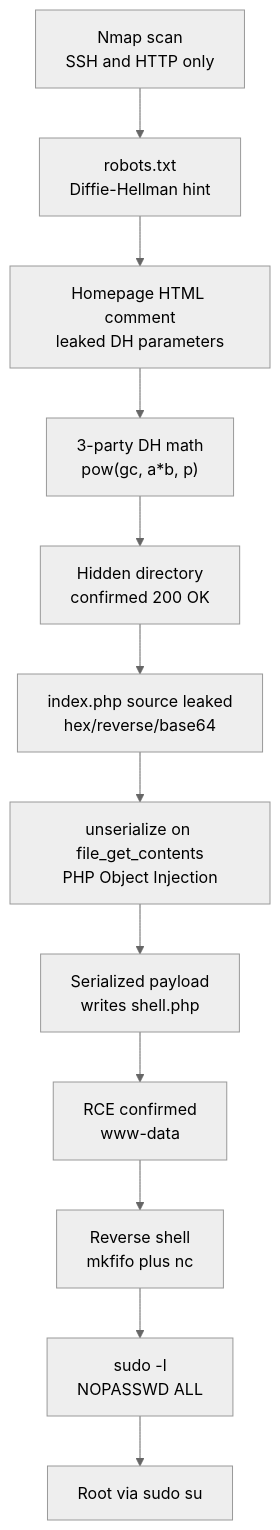
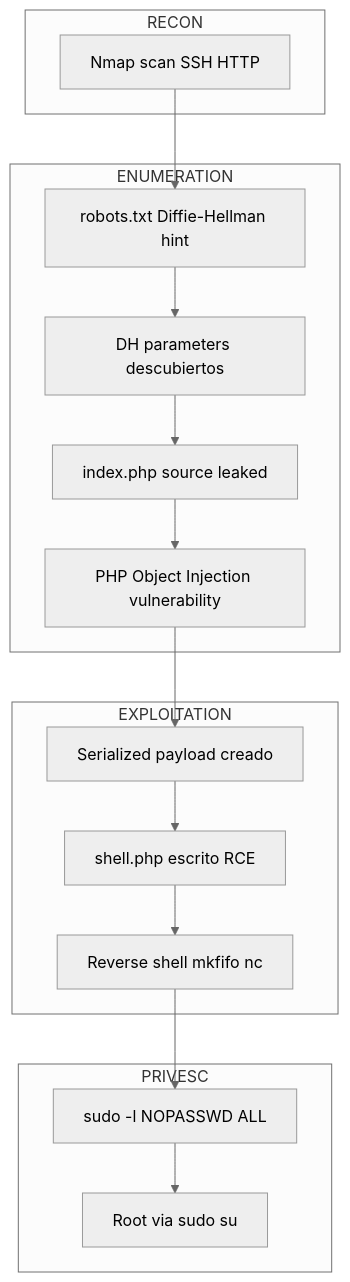
Before and after one commit to renekerr/renekerr.github.io: the diagram in _posts/2026-07-06-stuxctf.md, drawn with Mermaid (neutral theme). The commit also changed other lines of this file and 8 other files, not shown here.

Commit message:
Improve Attack Flow diagrams: convert to subgraph format grouped by phase (RECON-ENUMERATION-EXPLOITATION-PRIVESC-POST-EXPLOITATION) for all CTF writeups

```diff
--- a/_posts/2026-07-06-stuxctf.md
+++ b/_posts/2026-07-06-stuxctf.md
@@ -245,14 +245,25 @@
 <div class="mermaid">
 graph TD
-    A["Nmap scan<br/>SSH and HTTP only"] --> B["robots.txt<br/>Diffie-Hellman hint"]
-    B --> C["Homepage HTML comment<br/>leaked DH parameters"]
-    C --> D["3-party DH math<br/>pow(gc, a*b, p)"]
-    D --> E["Hidden directory<br/>confirmed 200 OK"]
-    E --> F["index.php source leaked<br/>hex/reverse/base64"]
-    F --> G["unserialize on file_get_contents<br/>PHP Object Injection"]
-    G --> H["Serialized payload<br/>writes shell.php"]
-    H --> I["RCE confirmed<br/>www-data"]
-    I --> J["Reverse shell<br/>mkfifo plus nc"]
-    J --> K["sudo -l<br/>NOPASSWD ALL"]
-    K --> L["Root via sudo su"]
+ subgraph RECON["RECON"]
+  A["Nmap scan SSH HTTP"]
+ end
+ 
+ subgraph ENUM["ENUMERATION"]
+  B["robots.txt Diffie-Hellman hint"] --> C["DH parameters descubiertos"]
+  D["index.php source leaked"] --> E["PHP Object Injection vulnerability"]
+ end
+ 
+ subgraph EXPL["EXPLOITATION"]
+  F["Serialized payload creado"] --> G["shell.php escrito RCE"]
+  G --> H["Reverse shell mkfifo nc"]
+ end
+ 
+ subgraph PRIVESC["PRIVESC"]
+  I["sudo -l NOPASSWD ALL"] --> J["Root via sudo su"]
+ end
+ 
+ A --> B
+ C --> D
+ E --> F
+ H --> I
 </div>
```
